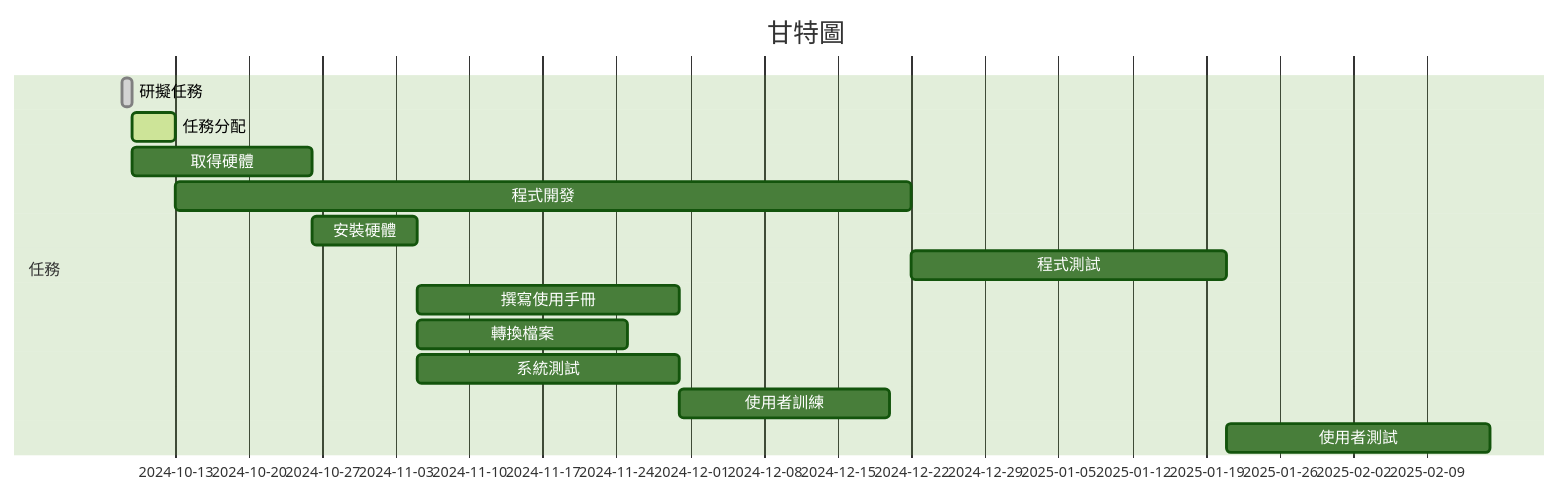
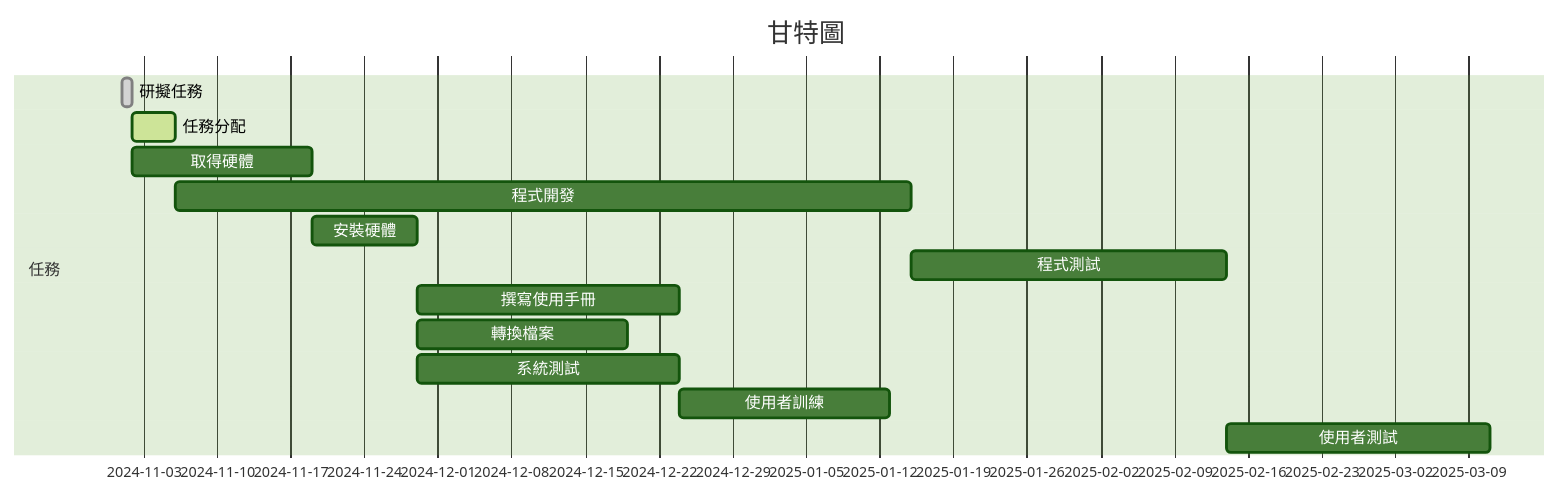
Before and after one commit to C111118251/hw2: the second of 2 diagrams in README.md, drawn with Mermaid (forest theme). The commit also changed other lines of this file, not shown here.

````diff
--- a/README.md
+++ b/README.md
@@ -17,17 +33,17 @@
 ```mermaid
 gantt
 title 甘特圖
     dateFormat  YYYY-MM-DD
     section 任務
-    研擬任務      :done,    des1, 2024-10-08, 1d
+    研擬任務      :done,    des1, 2024-11-01, 1d
     任務分配      :active,  des2, after des1, 4d
     取得硬體      :         des3, after des1, 17d
     程式開發      :         des4, after des2, 70d
     安裝硬體      :         des5, after des3, 10d
     程式測試      :         des6, after des4, 30d
     撰寫使用手冊  :         des7, after des5, 25d
     轉換檔案      :         des8, after des5, 20d
     系統測試      :         des9, after des5, 25d
     使用者訓練    :         des10, after des7 des8, 20d
     使用者測試    :         des11, after des6 des9 des10, 25d
 ```
````
